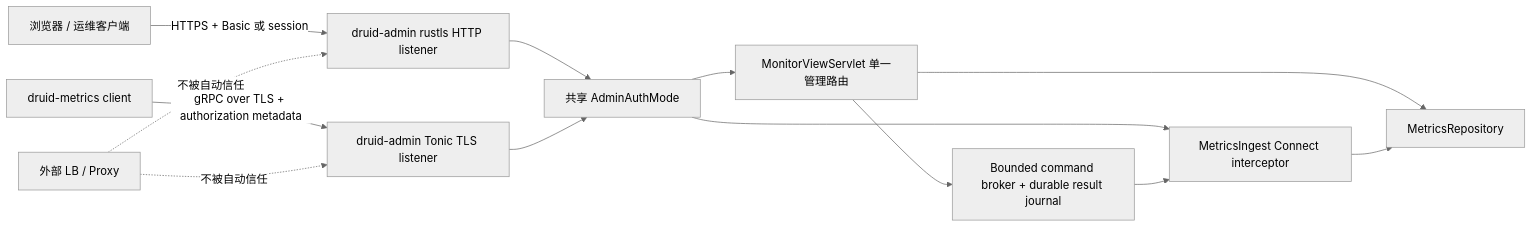
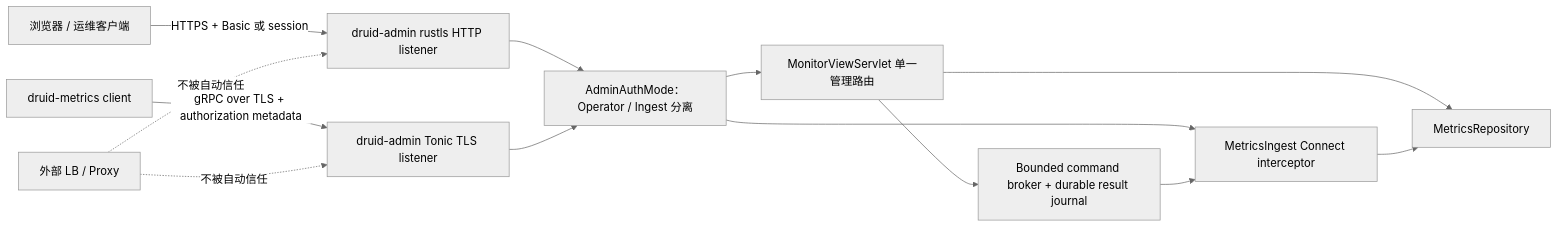
One commit to easy-4-rust/druid-rust changed the diagram in docs/security/druid-admin-threat-model.md. Above: the diagram before and after it, drawn with Mermaid (neutral theme). The commit also changed other lines of this file and 8 other files, not shown here.

Commit message:
fix(admin): separate remote operator and ingest credentials

````diff
--- a/docs/security/druid-admin-threat-model.md
+++ b/docs/security/druid-admin-threat-model.md
@@ -18,16 +18,16 @@
 ```mermaid
 flowchart LR
     OP["浏览器 / 运维客户端"] -->|"HTTPS + Basic 或 session"| HTTP["druid-admin rustls HTTP listener"]
     AGENT["druid-metrics client"] -->|"gRPC over TLS + authorization metadata"| GRPC["druid-admin Tonic TLS listener"]
-    HTTP --> AUTH["共享 AdminAuthMode"]
+    HTTP --> AUTH["AdminAuthMode：Operator / Ingest 分离"]
     GRPC --> AUTH
     AUTH --> SERVLET["MonitorViewServlet 单一管理路由"]
     AUTH --> INGEST["MetricsIngest Connect interceptor"]
     SERVLET --> BROKER["Bounded command broker + durable result journal"]
     BROKER --> INGEST
     SERVLET --> REPO["MetricsRepository"]
     INGEST --> REPO
 
     PROXY["外部 LB / Proxy"] -. "不被自动信任" .-> HTTP
     PROXY -. "不被自动信任" .-> GRPC
 ```
````
